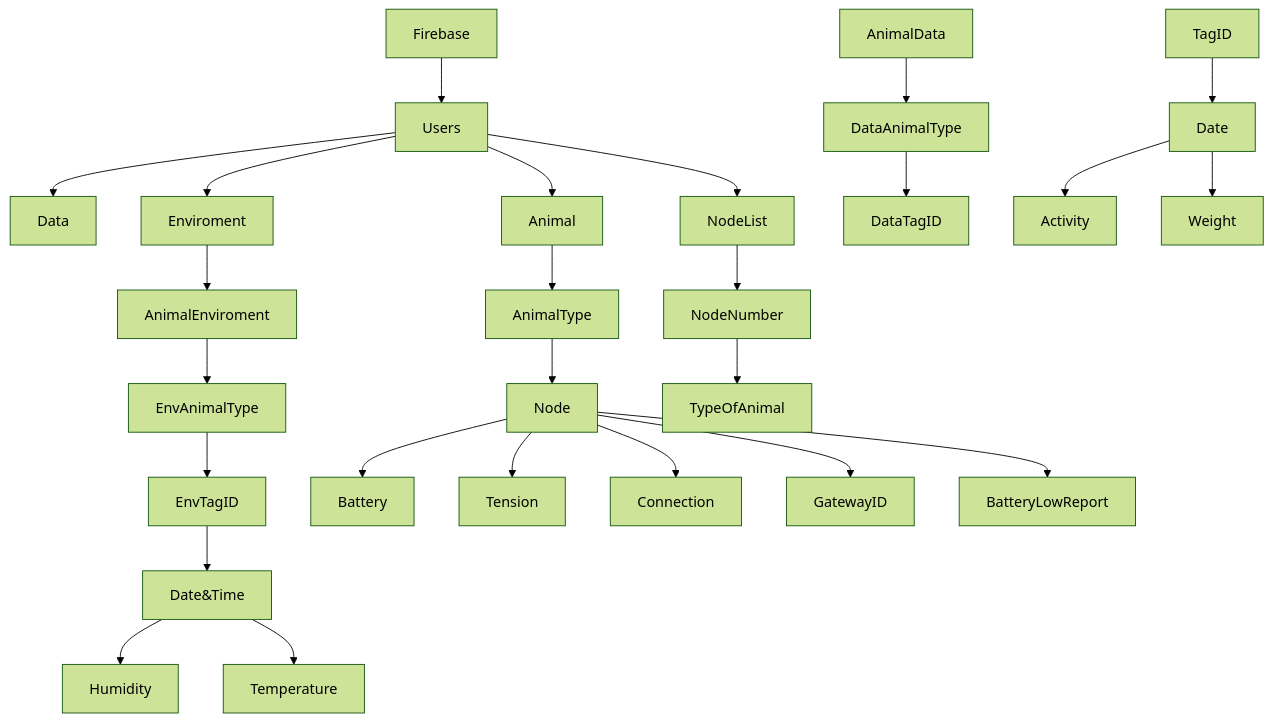
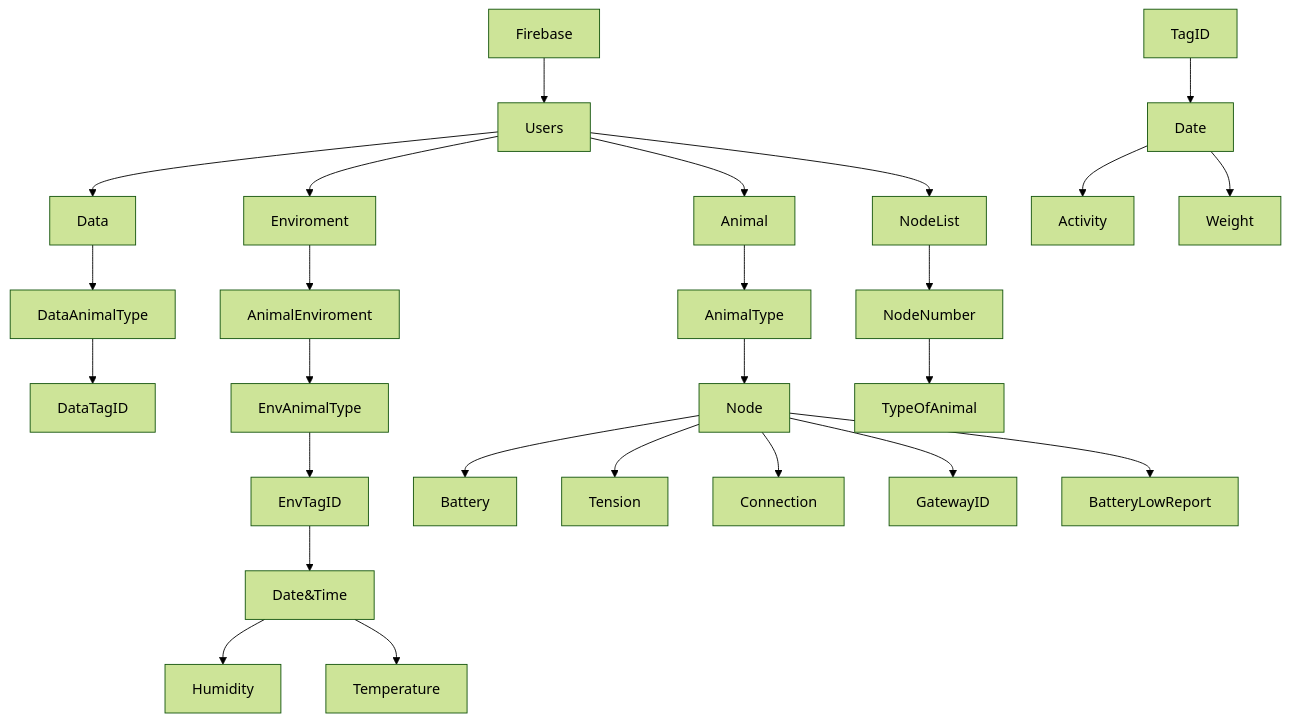
One commit to RegrowthIOT/REGROWTH-WINTER-IOT changed the diagram in Work Files/Gateway/README.md. Above: the diagram before and after it, drawn with Mermaid (forest theme).

````diff
--- a/Work Files/Gateway/README.md
+++ b/Work Files/Gateway/README.md
@@ -3,32 +3,32 @@
 ```mermaid
 graph TD;
     Firebase--> Users;
     Users-->Data;
     Users-->Enviroment;
     Users-->Animal;
     Users-->NodeList;
-    AnimalData-->DataAnimalType;
+    Data-->DataAnimalType;
     DataAnimalType-->DataTagID;
     TagID-->Date;
     Date--> Activity;
     Date-->Weight;
     Enviroment-->AnimalEnviroment;
     AnimalEnviroment--> EnvAnimalType;
     EnvAnimalType--> EnvTagID;
     EnvTagID --> Date&Time;
      Date&Time --> Humidity;
       Date&Time-->Temperature;
       Animal--> AnimalType;
       AnimalType-->Node;
       Node-->Battery;
       Node-->Tension;
       Node-->Connection;
       Node-->GatewayID;
       Node-->BatteryLowReport;
       NodeList-->NodeNumber;
       NodeNumber-->TypeOfAnimal;
       
     
 
     
 ```
````
